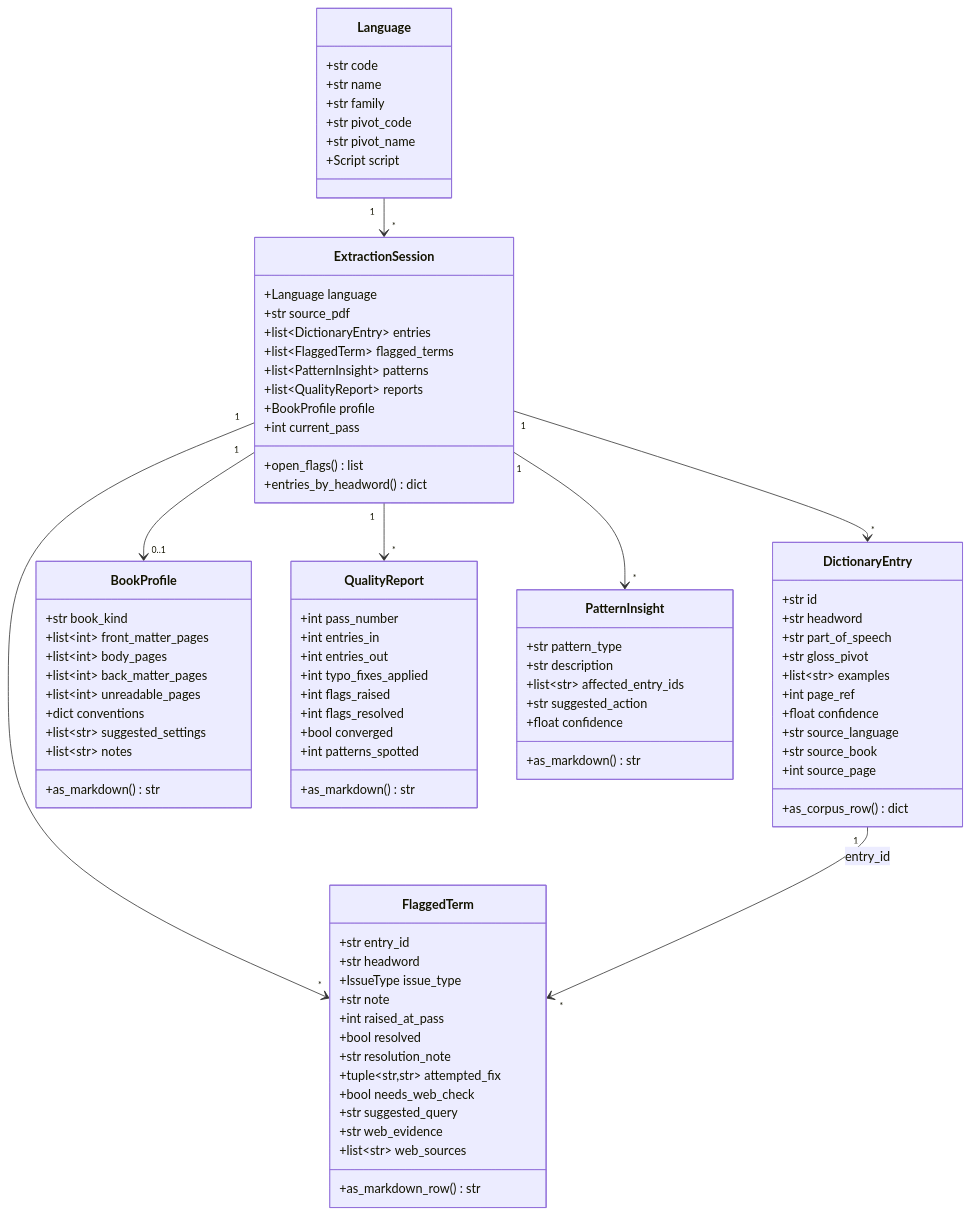
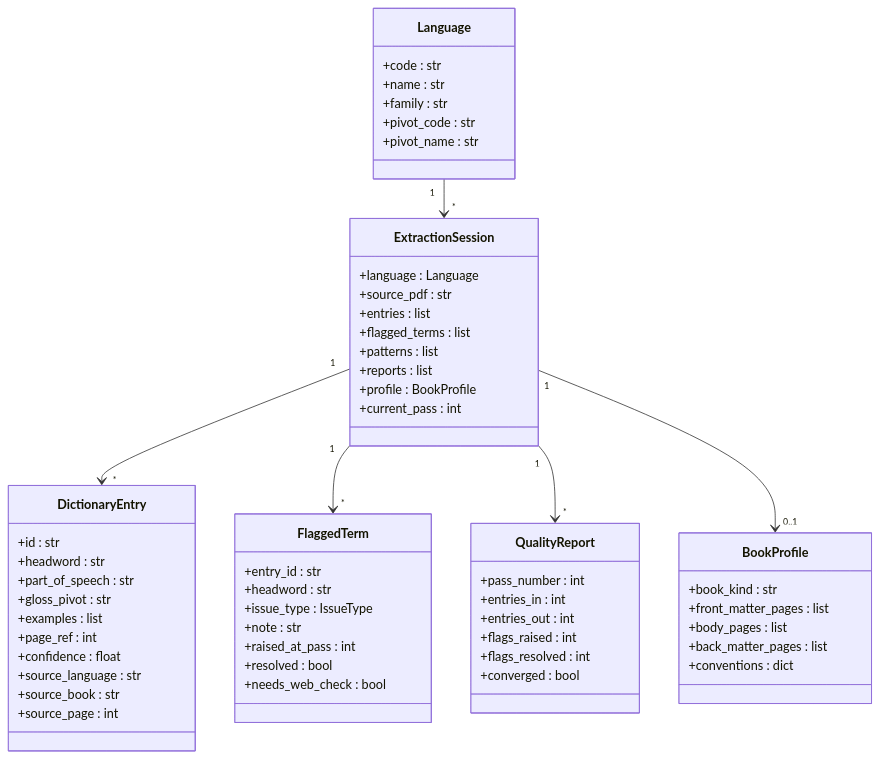
One commit to masdevid/nusantara-corpus-extractor changed the second of 3 diagrams in docs/diagrams/data-flow.md. Above: the diagram before and after it, drawn with Mermaid. The commit also changed other lines of this file and 3 other files, not shown here.

First line of the commit message:
Fix Mermaid diagram rendering: inline in README, clean up diagram files

````diff
--- a/docs/diagrams/data-flow.md
+++ b/docs/diagrams/data-flow.md
@@ -78,95 +77,67 @@
 ```mermaid
 classDiagram
     class Language {
-        +str code
-        +str name
-        +str family
-        +str pivot_code
-        +str pivot_name
-        +Script script
+        +code : str
+        +name : str
+        +family : str
+        +pivot_code : str
+        +pivot_name : str
     }
 
     class DictionaryEntry {
-        +str id
-        +str headword
-        +str part_of_speech
-        +str gloss_pivot
-        +list~str~ examples
-        +int page_ref
-        +float confidence
-        +str source_language
-        +str source_book
-        +int source_page
-        +as_corpus_row() dict
+        +id : str
+        +headword : str
+        +part_of_speech : str
+        +gloss_pivot : str
+        +examples : list
+        +page_ref : int
+        +confidence : float
+        +source_language : str
+        +source_book : str
+        +source_page : int
     }
 
     class FlaggedTerm {
-        +str entry_id
-        +str headword
-        +IssueType issue_type
-        +str note
-        +int raised_at_pass
-        +bool resolved
-        +str resolution_note
-        +tuple~str,str~ attempted_fix
-        +bool needs_web_check
-        +str suggested_query
-        +str web_evidence
-        +list~str~ web_sources
-        +as_markdown_row() str
+        +entry_id : str
+        +headword : str
+        +issue_type : IssueType
+        +note : str
+        +raised_at_pass : int
+        +resolved : bool
+        +needs_web_check : bool
     }
 
     class BookProfile {
-        +str book_kind
-        +list~int~ front_matter_pages
-        +list~int~ body_pages
-        +list~int~ back_matter_pages
-        +list~int~ unreadable_pages
-        +dict conventions
-        +list~str~ suggested_settings
-        +list~str~ notes
-        +as_markdown() str
+        +book_kind : str
+        +front_matter_pages : list
+        +body_pages : list
+        +back_matter_pages : list
+        +conventions : dict
     }
 
     class ExtractionSession {
-        +Language language
-        +str source_pdf
-        +list~DictionaryEntry~ entries
-        +list~FlaggedTerm~ flagged_terms
-        +list~PatternInsight~ patterns
-        +list~QualityReport~ reports
-        +BookProfile profile
-        +int current_pass
-        +open_flags() list
-        +entries_by_headword() dict
+        +language : Language
+        +source_pdf : str
+        +entries : list
+        +flagged_terms : list
+        +patterns : list
+        +reports : list
+        +profile : BookProfile
+        +current_pass : int
     }
 
     class QualityReport {
-        +int pass_number
-        +int entries_in
-        +int entries_out
-        +int typo_fixes_applied
-        +int flags_raised
-        +int flags_resolved
-        +bool converged
-        +int patterns_spotted
-        +as_markdown() str
-    }
-
-    class PatternInsight {
-        +str pattern_type
-        +str description
-        +list~str~ affected_entry_ids
-        +str suggested_action
-        +float confidence
-        +as_markdown() str
+        +pass_number : int
+        +entries_in : int
+        +entries_out : int
+        +flags_raised : int
+        +flags_resolved : int
+        +converged : bool
     }
 
     Language "1" --> "*" ExtractionSession
     ExtractionSession "1" --> "*" DictionaryEntry
     ExtractionSession "1" --> "*" FlaggedTerm
-    ExtractionSession "1" --> "*" PatternInsight
     ExtractionSession "1" --> "*" QualityReport
     ExtractionSession "1" --> "0..1" BookProfile
-    DictionaryEntry "1" --> "*" FlaggedTerm : entry_id
 ```
````
